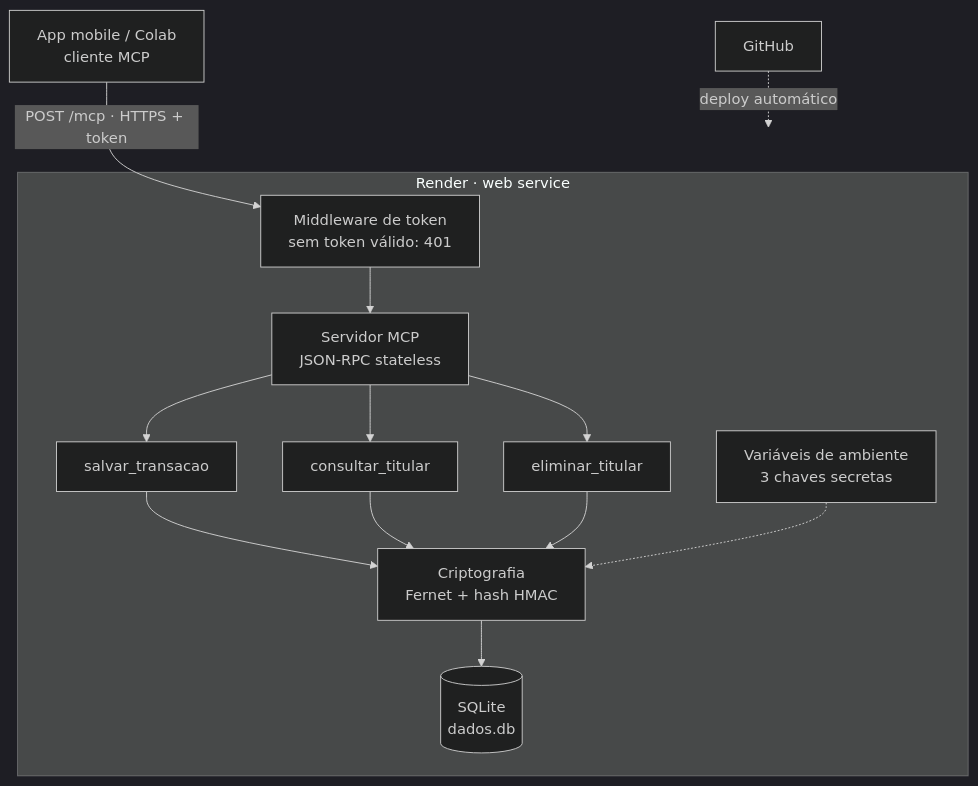
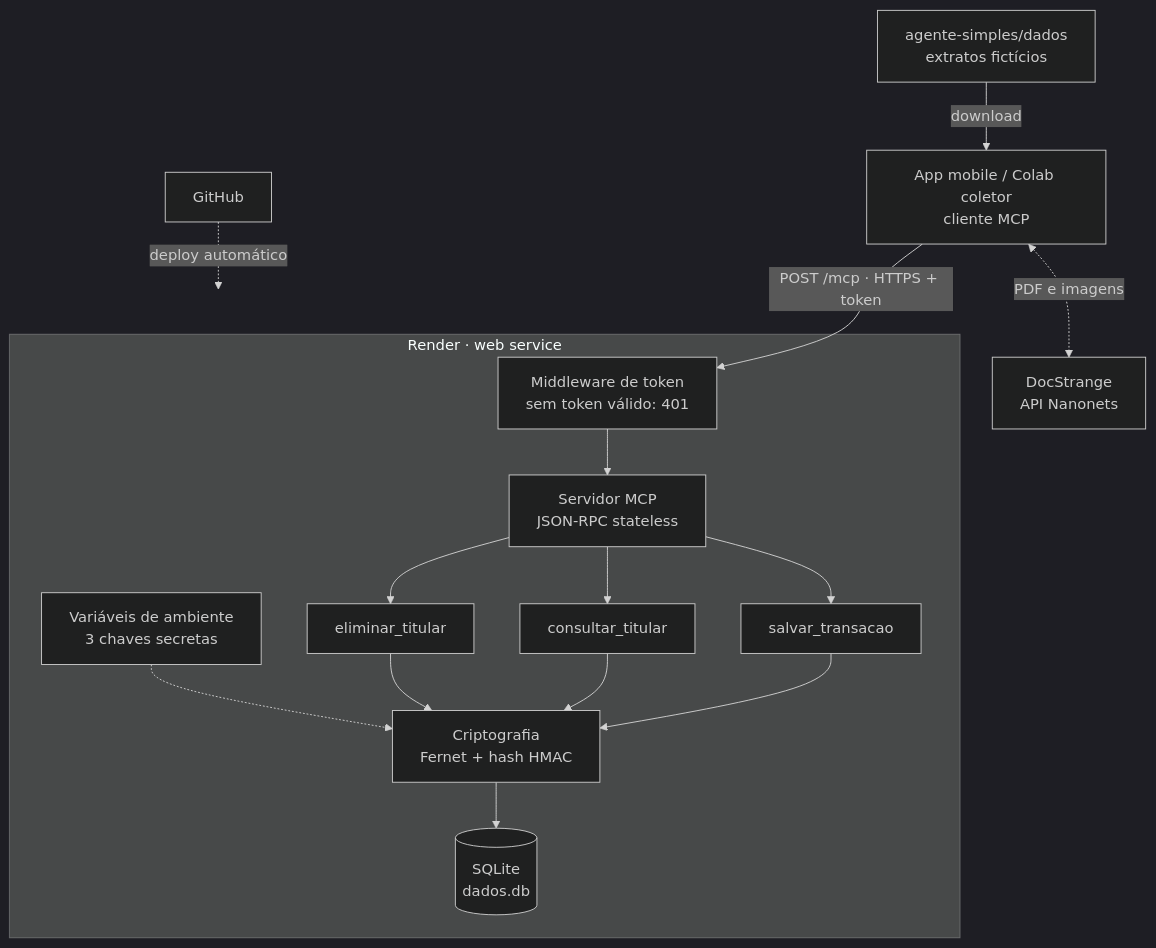
Before and after one commit to kelsbor/Prisma: the first of 2 diagrams in README.md, drawn with Mermaid (dark theme). The commit also changed other lines of this file, not shown here.

````diff
--- a/README.md
+++ b/README.md
@@ -30,18 +62,20 @@
 ```mermaid
 flowchart TD
-    C["App mobile / Colab<br/>cliente MCP"] -->|"POST /mcp · HTTPS + token"| M
+    X["agente-simples/dados<br/>extratos fictícios"] -->|download| C
+    C["App mobile / Colab coletor<br/>cliente MCP"] -->|"POST /mcp · HTTPS + token"| M
+    C <-.->|"PDF e imagens"| N["DocStrange<br/>API Nanonets"]
 
     subgraph R["Render · web service"]
         M["Middleware de token<br/>sem token válido: 401"] --> S["Servidor MCP<br/>JSON-RPC stateless"]
         S --> T1["salvar_transacao"]
         S --> T2["consultar_titular"]
         S --> T3["eliminar_titular"]
         T1 --> K["Criptografia<br/>Fernet + hash HMAC"]
         T2 --> K
         T3 --> K
         E["Variáveis de ambiente<br/>3 chaves secretas"] -.-> K
         K --> D[("SQLite<br/>dados.db")]
     end
 
     G["GitHub"] -.->|deploy automático| R
 ```
````
